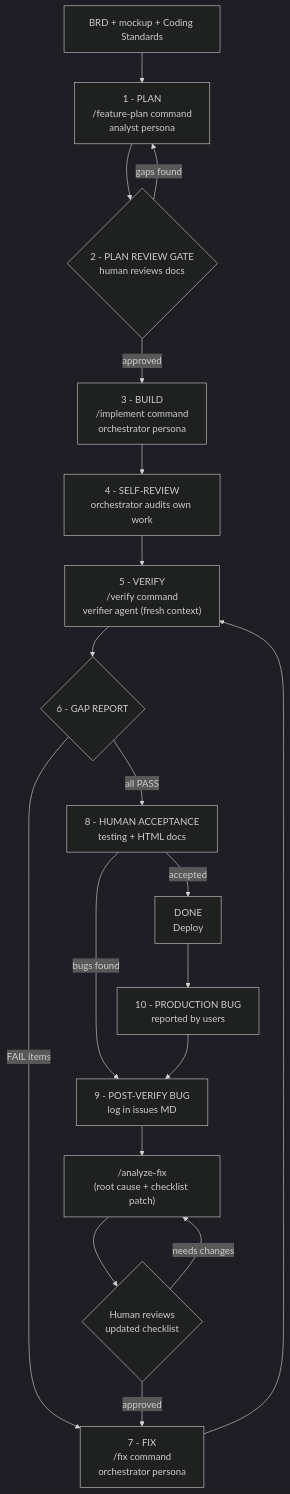
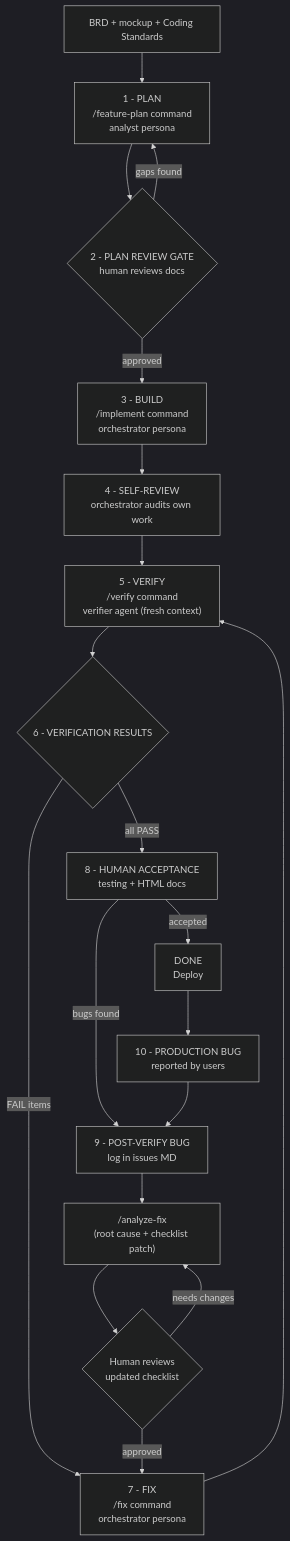
Before and after one commit to techierathore/AI-First-Playbook: the diagram in README.md, drawn with Mermaid (dark theme). The commit also changed other lines of this file and 68 other files, not shown here.

````diff
--- a/README.md
+++ b/README.md
@@ -45,21 +45,21 @@
 ```mermaid
 flowchart TD
     A["BRD + mockup + Coding Standards"] --> B["1 - PLAN\n/feature-plan command\nanalyst persona"]
     B --> C{"2 - PLAN REVIEW GATE\nhuman reviews docs"}
     C -- "gaps found" --> B
     C -- "approved" --> D["3 - BUILD\n/implement command\norchestrator persona"]
     D --> E["4 - SELF-REVIEW\norchestrator audits own work"]
     E --> F["5 - VERIFY\n/verify command\nverifier agent (fresh context)"]
-    F --> G{"6 - GAP REPORT"}
+    F --> G{"6 - VERIFICATION RESULTS"}
     G -- "FAIL items" --> H["7 - FIX\n/fix command\norchestrator persona"]
     H --> F
     G -- "all PASS" --> I["8 - HUMAN ACCEPTANCE\ntesting + HTML docs"]
     I -- "bugs found" --> K["9 - POST-VERIFY BUG\nlog in issues MD"]
     K --> L["/analyze-fix\n(root cause + checklist patch)"]
     L --> M{"Human reviews\nupdated checklist"}
     M -- "needs changes" --> L
     M -- "approved" --> H
     I -- "accepted" --> N["DONE\nDeploy"]
     N --> O["10 - PRODUCTION BUG\nreported by users"]
     O --> K
 ```
````
